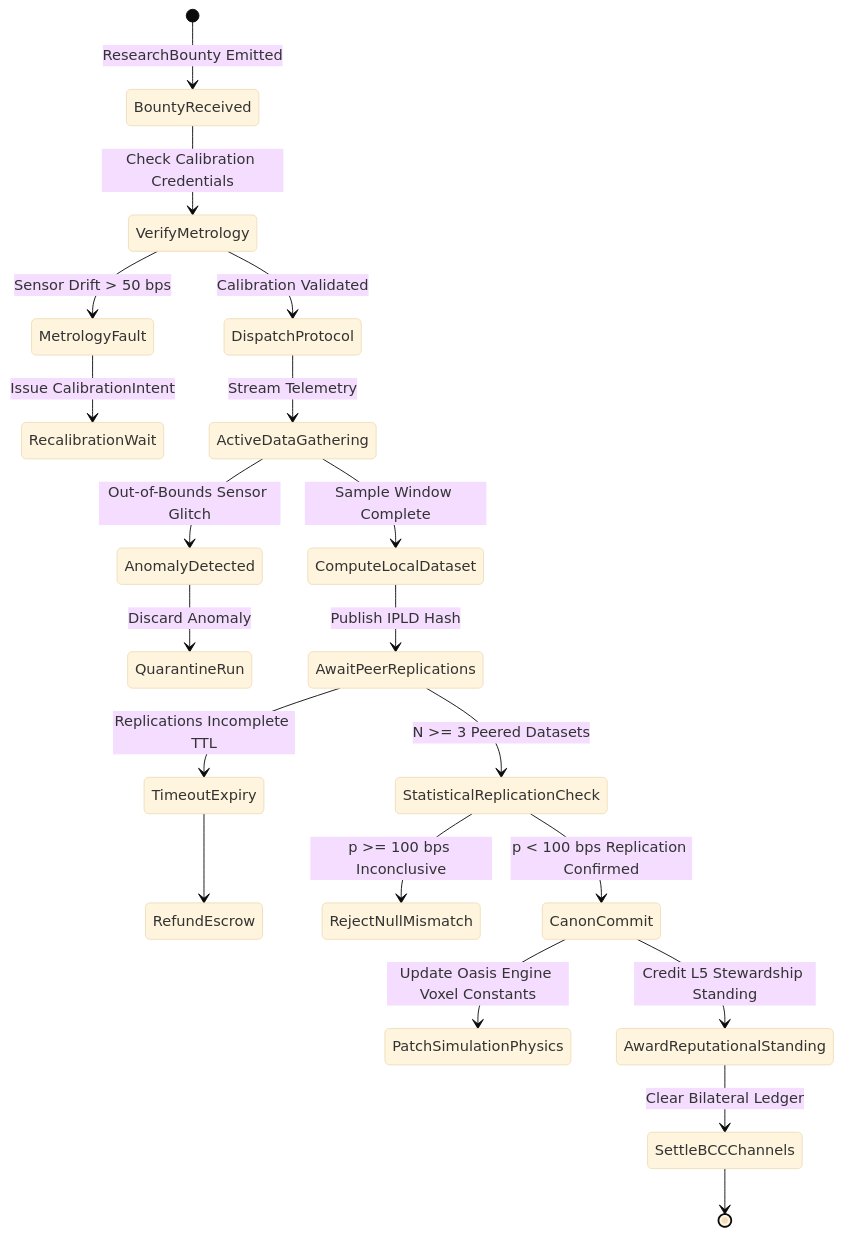
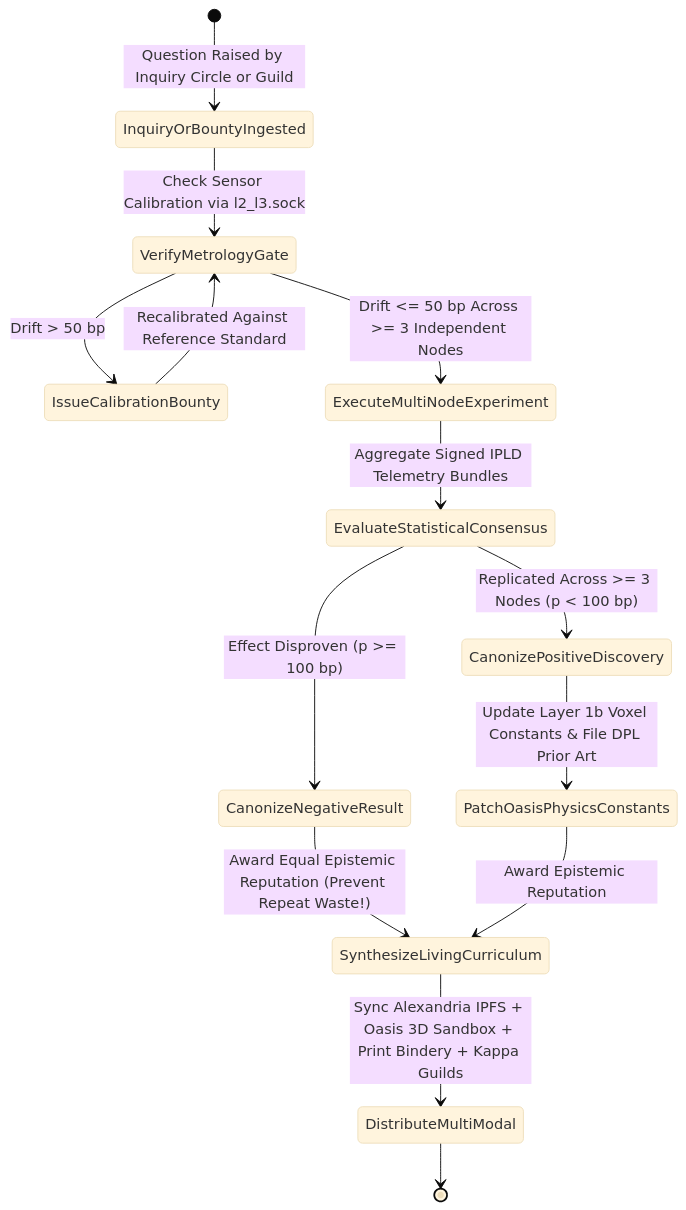
The second of 2 diagrams in docs/scenarios/iota_epistemic.md (raffaine/collective), drawn with Mermaid (base theme) before and after one commit. The commit also changed other lines of this file and 10 other files, not shown here.

````diff
--- a/docs/scenarios/iota_epistemic.md
+++ b/docs/scenarios/iota_epistemic.md
@@ -90,22 +140,20 @@
 ```mermaid
 stateDiagram-v2
-    [*] --> BountyReceived: ResearchBounty Emitted
-    BountyReceived --> VerifyMetrology: Check Calibration Credentials
-    VerifyMetrology --> MetrologyFault: Sensor Drift > 50 bps
-    MetrologyFault --> RecalibrationWait: Issue CalibrationIntent
-    VerifyMetrology --> DispatchProtocol: Calibration Validated
-    DispatchProtocol --> ActiveDataGathering: Stream Telemetry
-    ActiveDataGathering --> AnomalyDetected: Out-of-Bounds Sensor Glitch
-    AnomalyDetected --> QuarantineRun: Discard Anomaly
-    ActiveDataGathering --> ComputeLocalDataset: Sample Window Complete
-    ComputeLocalDataset --> AwaitPeerReplications: Publish IPLD Hash
-    AwaitPeerReplications --> TimeoutExpiry: Replications Incomplete TTL
-    TimeoutExpiry --> RefundEscrow
-    AwaitPeerReplications --> StatisticalReplicationCheck: N >= 3 Peered Datasets
-    StatisticalReplicationCheck --> RejectNullMismatch: p >= 100 bps Inconclusive
-    StatisticalReplicationCheck --> CanonCommit: p < 100 bps Replication Confirmed
-    CanonCommit --> PatchSimulationPhysics: Update Oasis Engine Voxel Constants
-    CanonCommit --> AwardReputationalStanding: Credit L5 Stewardship Standing
-    AwardReputationalStanding --> SettleBCCChannels: Clear Bilateral Ledger
-    SettleBCCChannels --> [*]
+    [*] --> InquiryOrBountyIngested: Question Raised by Inquiry Circle or Guild
+    InquiryOrBountyIngested --> VerifyMetrologyGate: Check Sensor Calibration via l2_l3.sock
+    VerifyMetrologyGate --> IssueCalibrationBounty: Drift > 50 bp
+    IssueCalibrationBounty --> VerifyMetrologyGate: Recalibrated Against Reference Standard
+
+    VerifyMetrologyGate --> ExecuteMultiNodeExperiment: Drift <= 50 bp Across >= 3 Independent Nodes
+    ExecuteMultiNodeExperiment --> EvaluateStatisticalConsensus: Aggregate Signed IPLD Telemetry Bundles
+
+    EvaluateStatisticalConsensus --> CanonizeNegativeResult: Effect Disproven (p >= 100 bp)
+    CanonizeNegativeResult --> SynthesizeLivingCurriculum: Award Equal Epistemic Reputation (Prevent Repeat Waste!)
+
+    EvaluateStatisticalConsensus --> CanonizePositiveDiscovery: Replicated Across >= 3 Nodes (p < 100 bp)
+    CanonizePositiveDiscovery --> PatchOasisPhysicsConstants: Update Layer 1b Voxel Constants & File DPL Prior Art
+    PatchOasisPhysicsConstants --> SynthesizeLivingCurriculum: Award Epistemic Reputation
+
+    SynthesizeLivingCurriculum --> DistributeMultiModal: Sync Alexandria IPFS + Oasis 3D Sandbox + Print Bindery + Kappa Guilds
+    DistributeMultiModal --> [*]
 ```
````
